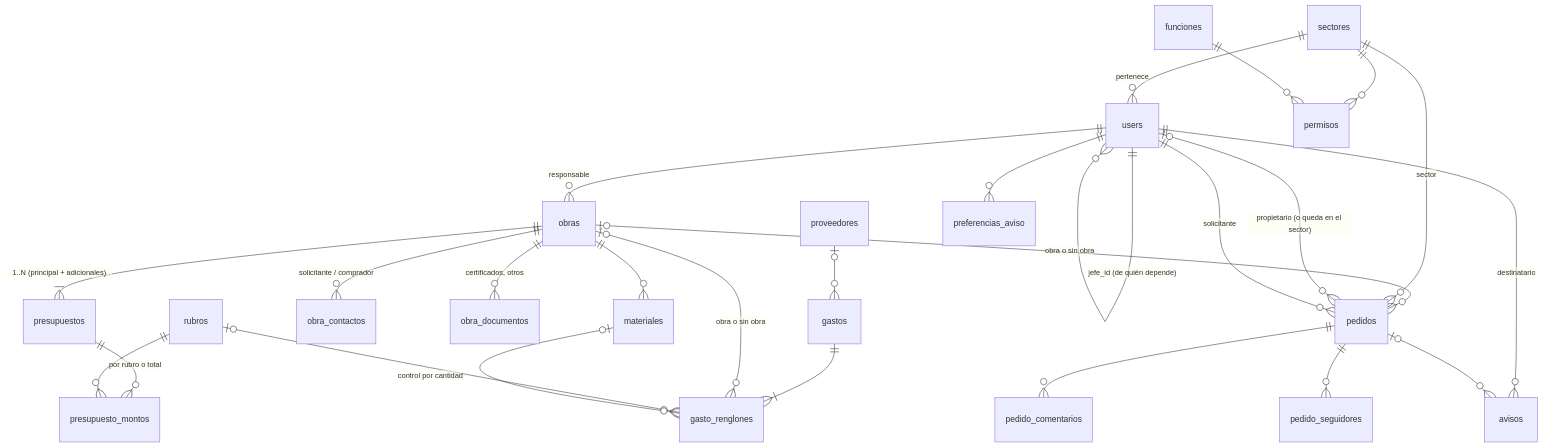
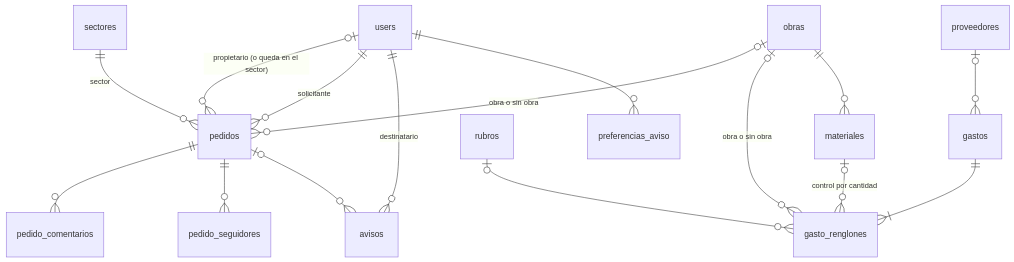
One commit to maxirodr/tecnoservicios_backend changed the second of 2 diagrams in docs/modelo-datos.md. Above: the diagram before and after it, drawn with Mermaid. The commit also changed other lines of this file, not shown here.

Commit message:
docs(modelo-datos): align data model with the real week-1 schema on main

````diff
--- a/docs/modelo-datos.md
+++ b/docs/modelo-datos.md
@@ -14,32 +48,20 @@
 ```mermaid
 erDiagram
-  sectores ||--o{ users : "pertenece"
-  users ||--o{ users : "jefe_id (de quién depende)"
-  sectores ||--o{ permisos : ""
-  funciones ||--o{ permisos : ""
-
-  users ||--o{ obras : "responsable"
-  obras ||--|{ presupuestos : "1..N (principal + adicionales)"
-  presupuestos ||--o{ presupuesto_montos : "por rubro o total"
-  rubros ||--o{ presupuesto_montos : ""
-  obras ||--o{ obra_contactos : "solicitante / comprador"
-  obras ||--o{ obra_documentos : "certificados, otros"
-
   obras |o--o{ pedidos : "obra o sin obra"
   sectores ||--o{ pedidos : "sector"
   users |o--o{ pedidos : "propietario (o queda en el sector)"
   users ||--o{ pedidos : "solicitante"
   pedidos ||--o{ pedido_comentarios : ""
   pedidos ||--o{ pedido_seguidores : ""
 
   proveedores |o--o{ gastos : ""
   gastos ||--|{ gasto_renglones : ""
   obras |o--o{ gasto_renglones : "obra o sin obra"
   rubros |o--o{ gasto_renglones : ""
   materiales |o--o{ gasto_renglones : "control por cantidad"
   obras ||--o{ materiales : ""
 
   users ||--o{ avisos : "destinatario"
   pedidos |o--o{ avisos : ""
   users ||--o{ preferencias_aviso : ""
 ```
````
